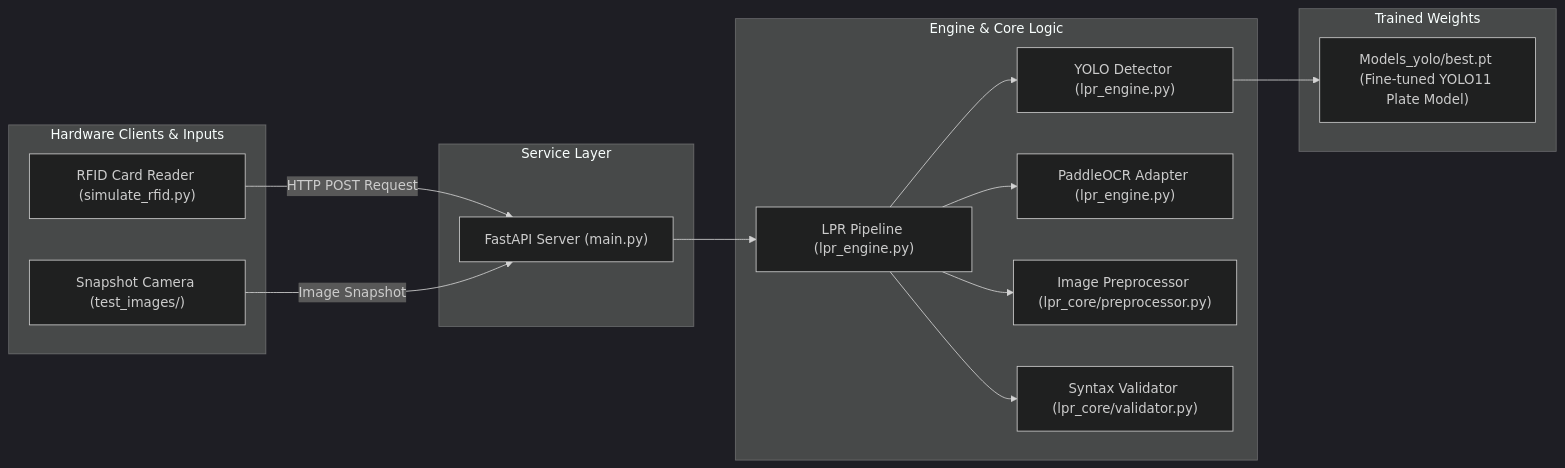
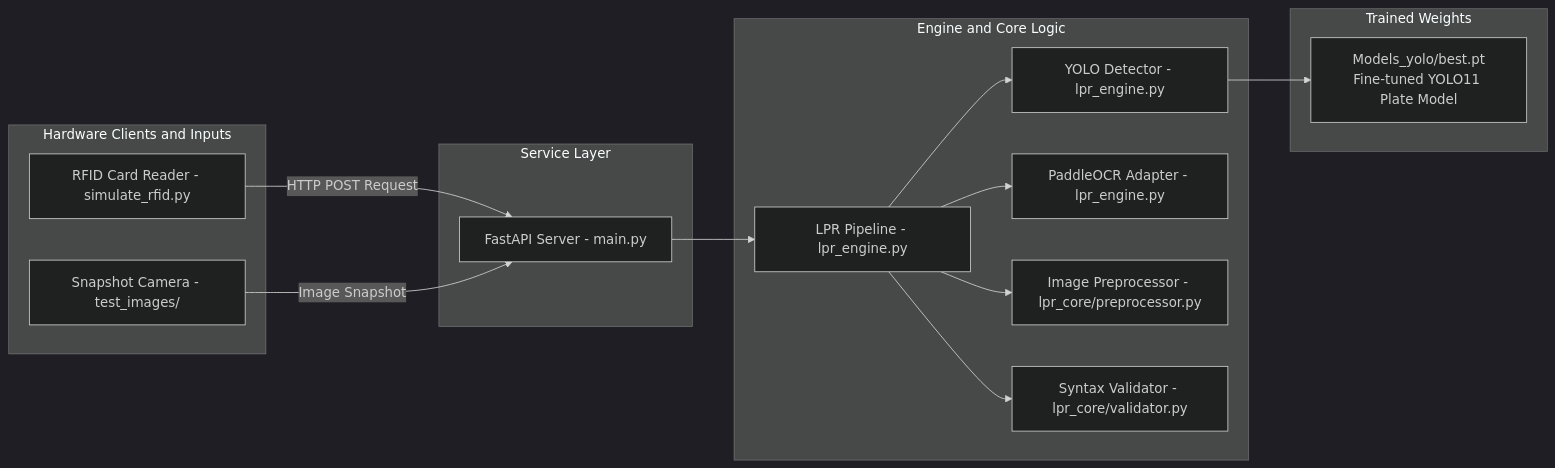
The second of 2 diagrams in README.md (angweij1431/EIU_Licenseplatedetector), drawn with Mermaid (dark theme) before and after one commit. The commit also changed other lines of this file, not shown here.

Commit message:
fixed and readjusted graph;

````diff
--- a/README.md
+++ b/README.md
@@ -48,32 +48,32 @@
 ```mermaid
-graph LR
-    subgraph Input_Layer["Hardware Clients & Inputs"]
-        RFID["RFID Card Reader (simulate_rfid.py)"]
-        CAM["Snapshot Camera (test_images/)"]
+flowchart LR
+    subgraph Input_Layer["Hardware Clients and Inputs"]
+        RFID["RFID Card Reader - simulate_rfid.py"]
+        CAM["Snapshot Camera - test_images/"]
     end
 
     subgraph Service_Layer["Service Layer"]
-        MAIN["FastAPI Server (main.py)"]
+        MAIN["FastAPI Server - main.py"]
     end
 
-    subgraph Engine_Layer["Engine & Core Logic"]
-        ENG["LPR Pipeline (lpr_engine.py)"]
-        DET["YOLO Detector (lpr_engine.py)"]
-        OCR["PaddleOCR Adapter (lpr_engine.py)"]
-        PREP["Image Preprocessor (lpr_core/preprocessor.py)"]
-        VAL["Syntax Validator (lpr_core/validator.py)"]
+    subgraph Engine_Layer["Engine and Core Logic"]
+        ENG["LPR Pipeline - lpr_engine.py"]
+        DET["YOLO Detector - lpr_engine.py"]
+        OCR["PaddleOCR Adapter - lpr_engine.py"]
+        PREP["Image Preprocessor - lpr_core/preprocessor.py"]
+        VAL["Syntax Validator - lpr_core/validator.py"]
     end
 
     subgraph Model_Weights["Trained Weights"]
-        M1["Models_yolo/best.pt (Fine-tuned YOLO11 Plate Model)"]
+        M1["Models_yolo/best.pt<br/>Fine-tuned YOLO11 Plate Model"]
     end
 
-    RFID -->|HTTP POST Request| MAIN
-    CAM -->|Image Snapshot| MAIN
+    RFID -->|"HTTP POST Request"| MAIN
+    CAM -->|"Image Snapshot"| MAIN
     MAIN --> ENG
     ENG --> DET
     ENG --> OCR
     ENG --> PREP
     ENG --> VAL
     DET --> M1
 ```
````
